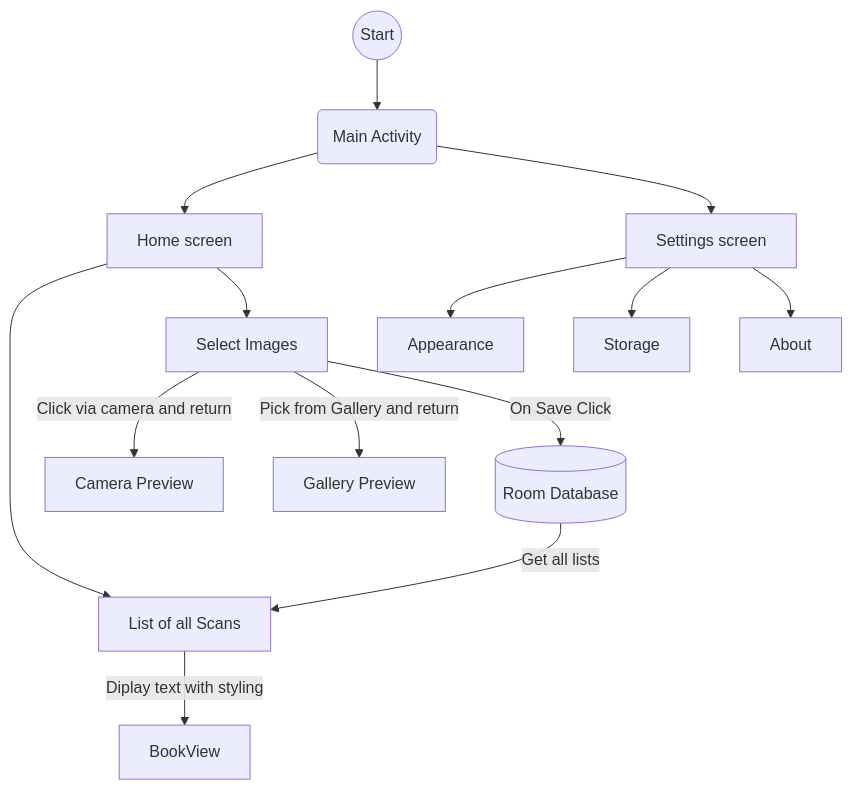
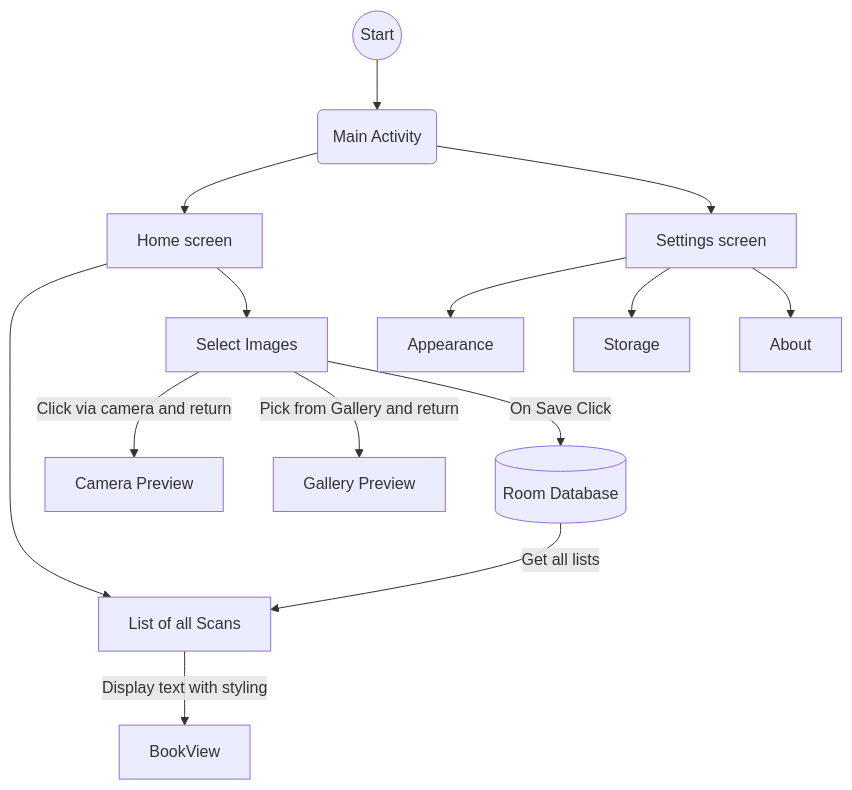
One commit to ReadBud/ReadBud changed the diagram in README.md. Above: the diagram before and after it, drawn with Mermaid. The commit also changed 2 other files, not shown here.

Commit message:
Logo change in about

````diff
--- a/README.md
+++ b/README.md
@@ -41,17 +41,17 @@
 ```mermaid
 flowchart TD
     840792(("Start")) --> A[Main Activity]
     A(Main Activity)
     A --> B[Home screen]
     A --> C[Settings screen]
     B --> H[List of all Scans]
-    H --> |Diplay text with styling| D[BookView]
+    H --> |Display text with styling| D[BookView]
     B --> E[Select Images]
     E --> |Click via camera and return| F[Camera Preview]
     E --> |Pick from Gallery and return| G[Gallery Preview]
     E --> |On Save Click| 364698[("Room Database")]
     364698 --> |Get all lists| H
     C --> I[Appearance]
     C --> J[Storage]
     C --> K[About]
 ```
````
